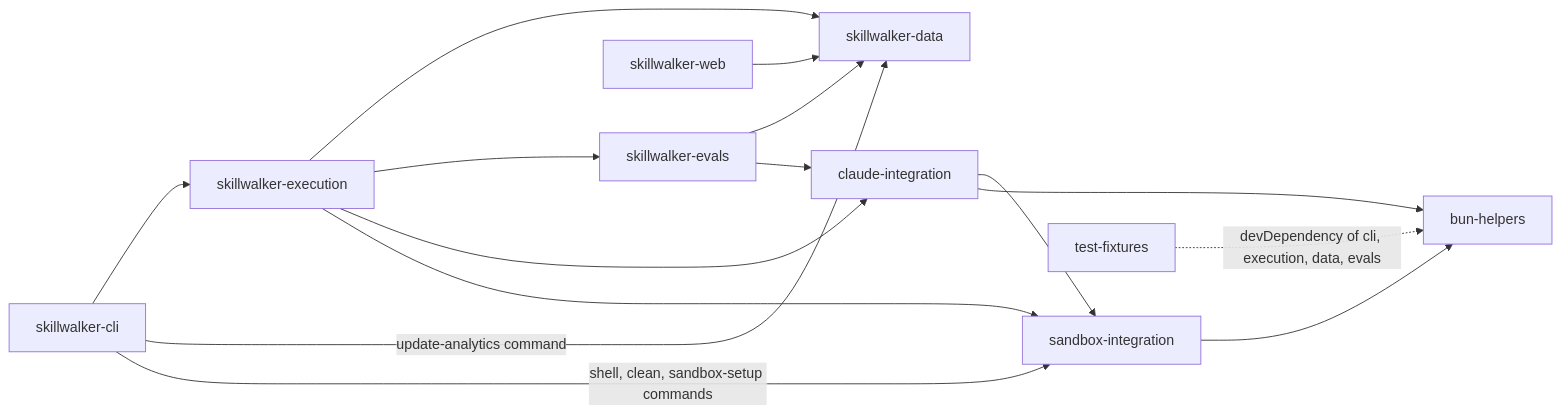
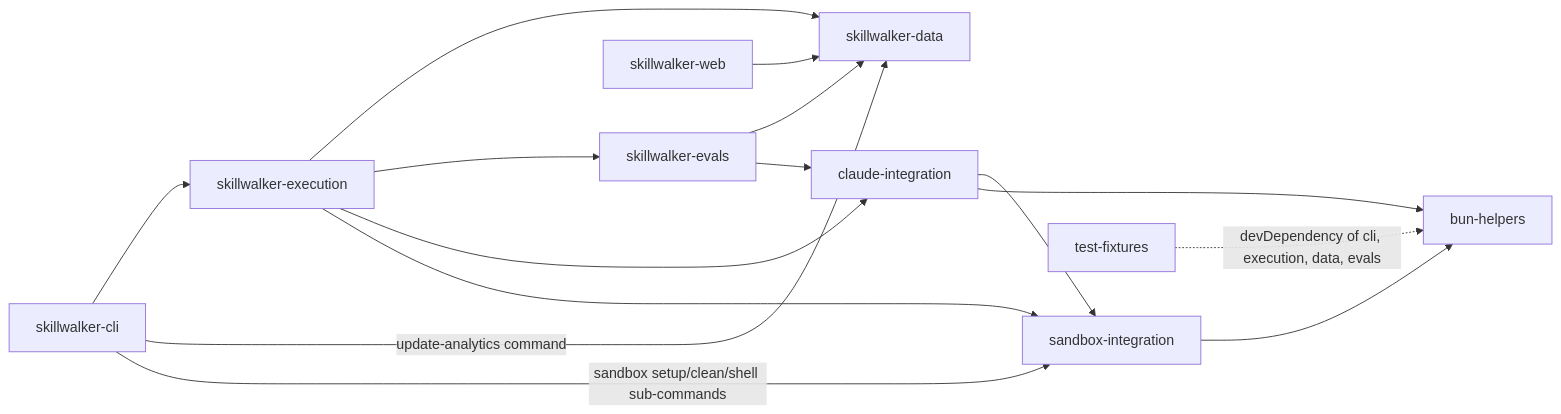
Before and after one commit to testdouble/skills-test-harness: the second of 5 diagrams in docs/skillwalker-architecture.md, drawn with Mermaid. The commit also changed other lines of this file and 5 other files, not shown here.

````diff
--- a/docs/skillwalker-architecture.md
+++ b/docs/skillwalker-architecture.md
@@ -67,33 +67,33 @@
 ```mermaid
 flowchart LR
     cli["skillwalker-cli"]
     exec["skillwalker-execution"]
     data["skillwalker-data"]
     evals["skillwalker-evals"]
     claude["claude-integration"]
     sandbox["sandbox-integration"]
     helpers["bun-helpers"]
     web["skillwalker-web"]
     fixtures["test-fixtures"]
 
     cli --> exec
     cli -->|"update-analytics command"| data
-    cli -->|"shell, clean, sandbox-setup commands"| sandbox
+    cli -->|"sandbox setup/clean/shell sub-commands"| sandbox
 
     exec --> data
     exec --> evals
     exec --> claude
     exec --> sandbox
 
     evals --> data
     evals --> claude
 
     claude --> sandbox
     claude --> helpers
 
     sandbox --> helpers
 
     web --> data
 
     fixtures -.->|"devDependency of cli, execution, data, evals"| helpers
 ```
````
